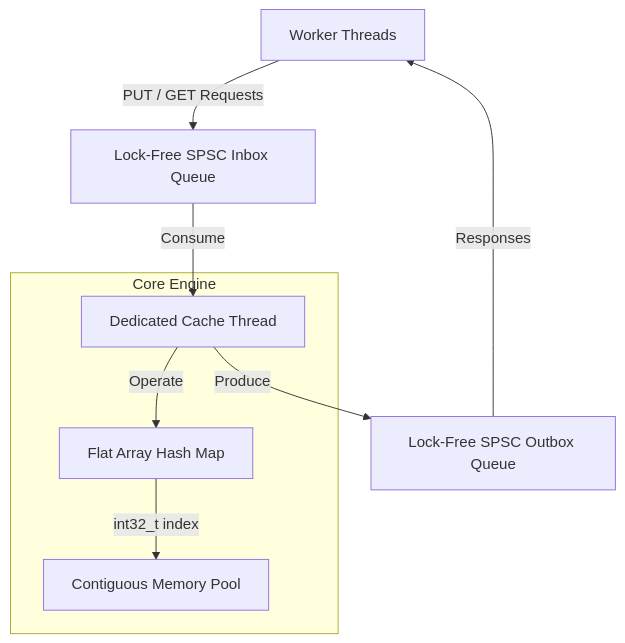
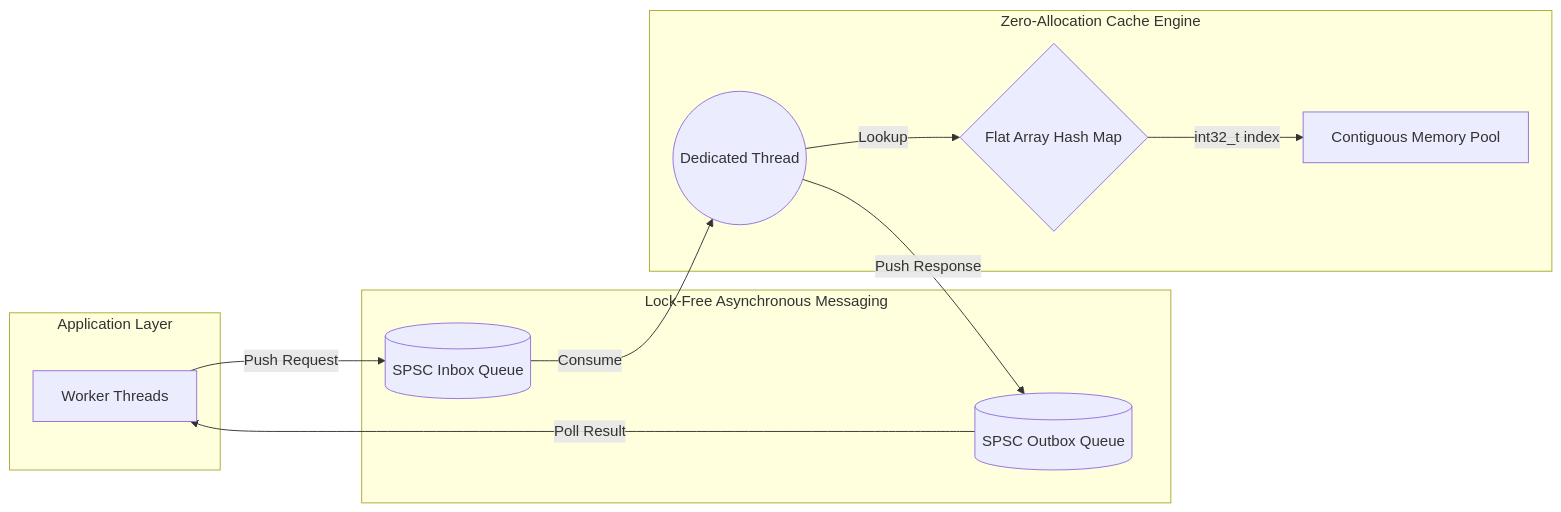
Before and after one commit to TY-SO-N/LRU_Cache: the diagram in README.md, drawn with Mermaid.

Commit message:
docs: improve architecture diagram with LR flow and clear subgraphs

````diff
--- a/README.md
+++ b/README.md
@@ -76,13 +76,26 @@
 ```mermaid
-graph TD
-    Worker[Worker Threads] -->|PUT / GET Requests| Inbox[Lock-Free SPSC Inbox Queue]
-    Inbox -->|Consume| CacheThread[Dedicated Cache Thread]
+flowchart LR
+    subgraph Client [Application Layer]
+        WT[Worker Threads]
+    end
+
+    subgraph Comm [Lock-Free Asynchronous Messaging]
+        Inbox[(SPSC Inbox Queue)]
+        Outbox[(SPSC Outbox Queue)]
+    end
+
+    subgraph Core [Zero-Allocation Cache Engine]
+        DT((Dedicated Thread))
+        HM{Flat Array Hash Map}
+        MP[Contiguous Memory Pool]
+        
+        DT -->|Lookup| HM
+        HM -->|int32_t index| MP
+    end
+
+    WT -->|Push Request| Inbox
+    Inbox -->|Consume| DT
     
-    subgraph Core Engine
-        CacheThread -->|Operate| HM[Flat Array Hash Map]
-        HM -->|int32_t index| MP[Contiguous Memory Pool]
-    end
-    
-    CacheThread -->|Produce| Outbox[Lock-Free SPSC Outbox Queue]
-    Outbox -->|Responses| Worker
+    DT -->|Push Response| Outbox
+    Outbox -->|Poll Result| WT
 ```
````
